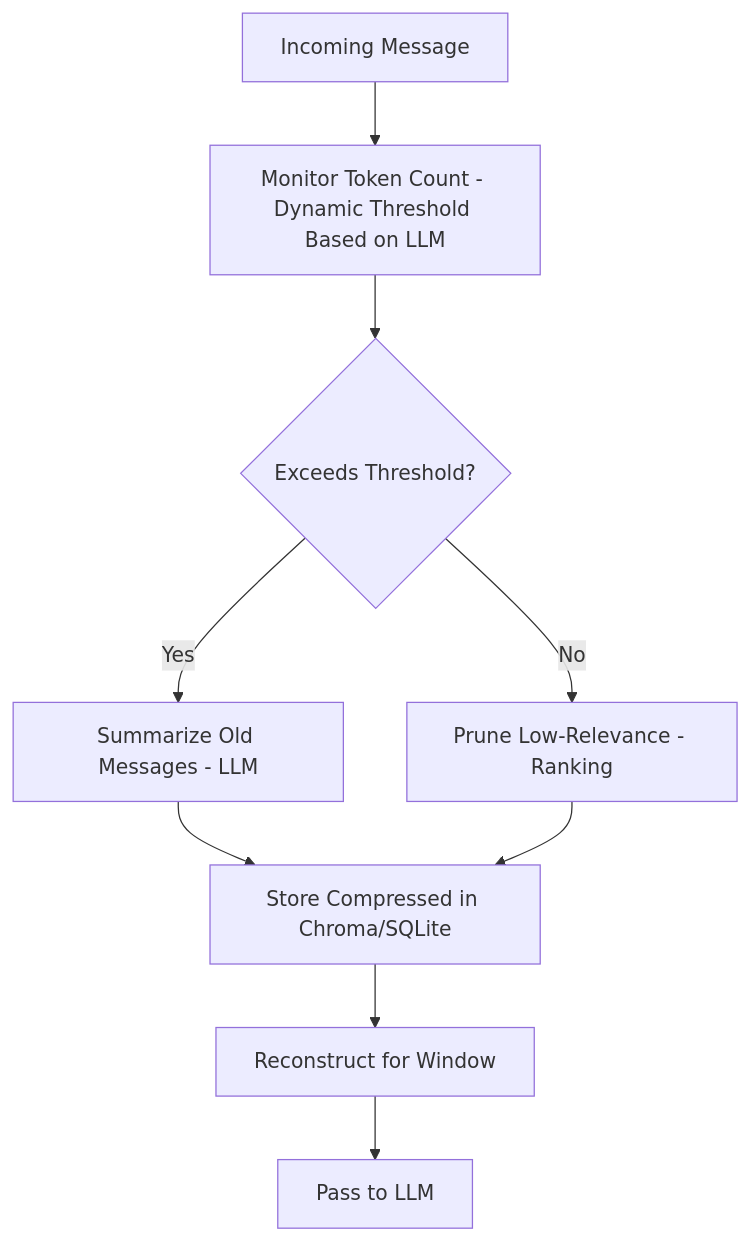
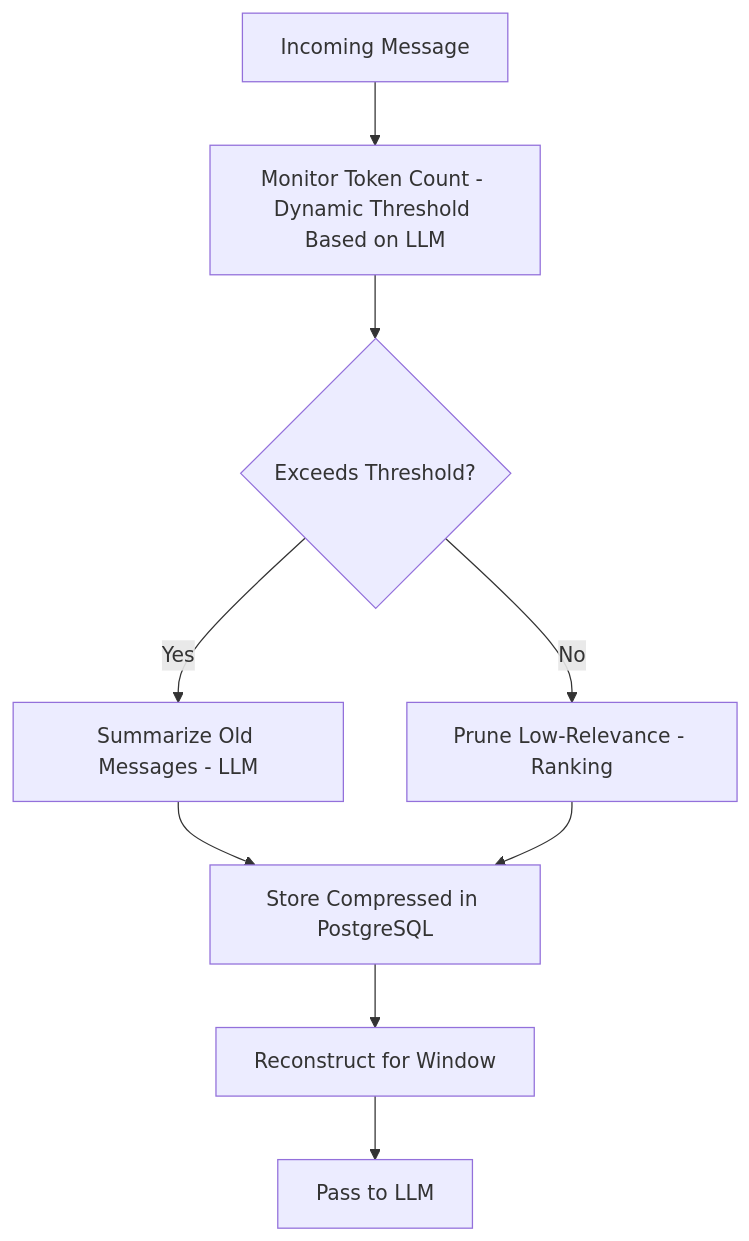
One commit to raqkaaq/ArxivResearchAgent changed the second of 3 diagrams in CONTEXT_PRD.md. Above: the diagram before and after it, drawn with Mermaid. The commit also changed other lines of this file and 12 other files, not shown here.

````diff
--- a/CONTEXT_PRD.md
+++ b/CONTEXT_PRD.md
@@ -55,11 +54,11 @@
 ```mermaid
 flowchart TD
     A[Incoming Message] --> B[Monitor Token Count - Dynamic Threshold Based on LLM]
     B --> C{Exceeds Threshold?}
     C -->|Yes| D[Summarize Old Messages - LLM]
     C -->|No| E[Prune Low-Relevance - Ranking]
-    D --> F[Store Compressed in Chroma/SQLite]
+    D --> F[Store Compressed in PostgreSQL]
     E --> F
     F --> G[Reconstruct for Window]
     G --> H[Pass to LLM]
 ```
````
